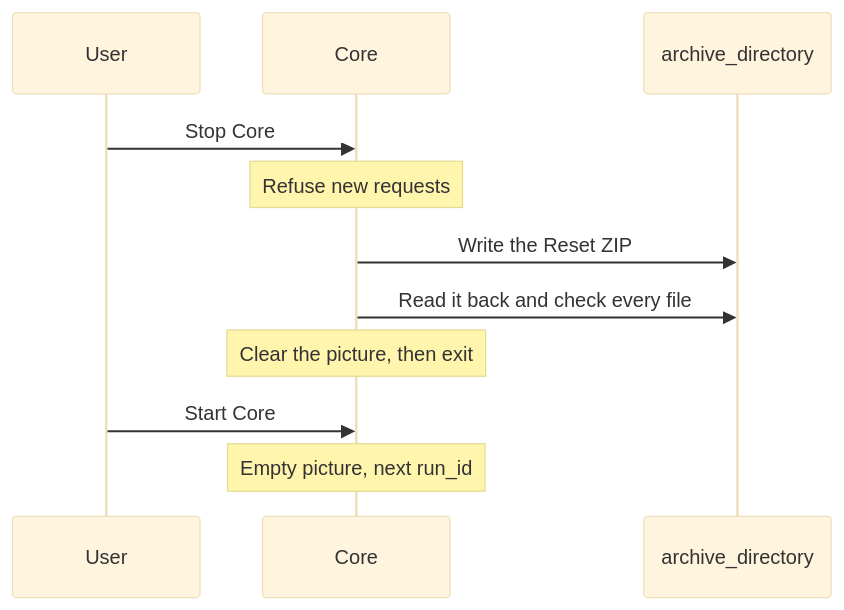
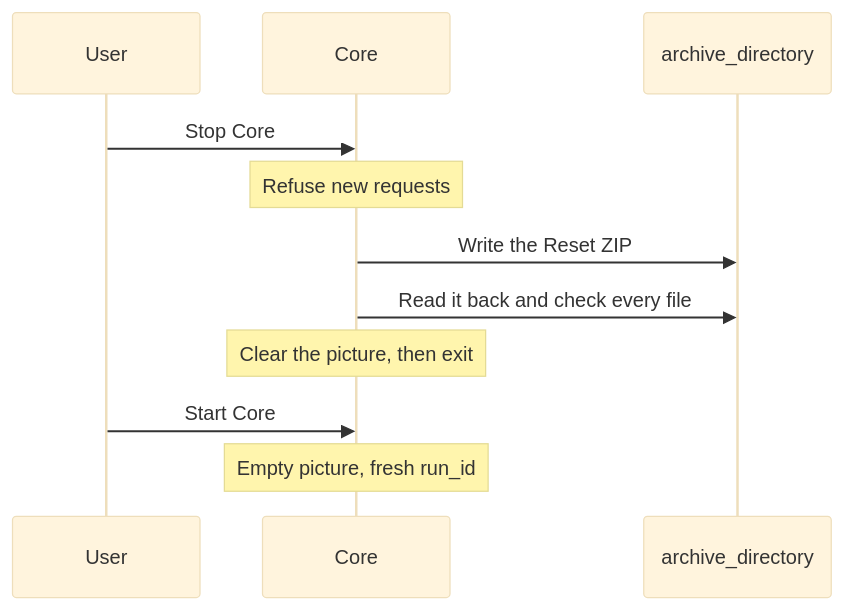
Before and after one commit to atlas-field-systems/atlas: the diagram in core/docs/reset.md, drawn with Mermaid (base theme). The commit also changed other lines of this file and 10 other files, not shown here.

````diff
--- a/core/docs/reset.md
+++ b/core/docs/reset.md
@@ -26,13 +25,13 @@
 ```mermaid
 sequenceDiagram
     participant User
     participant Core
     participant Folder as archive_directory
     User->>Core: Stop Core
     Note over Core: Refuse new requests
     Core->>Folder: Write the Reset ZIP
     Core->>Folder: Read it back and check every file
     Note over Core: Clear the picture, then exit
     User->>Core: Start Core
-    Note over Core: Empty picture, next run_id
+    Note over Core: Empty picture, fresh run_id
 ```
````
